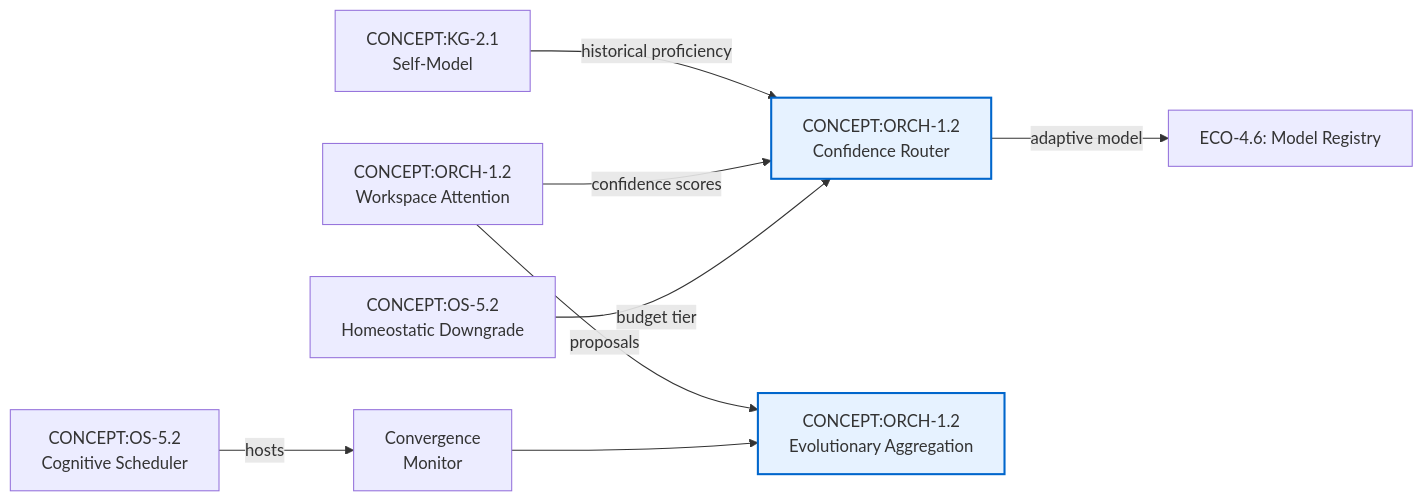
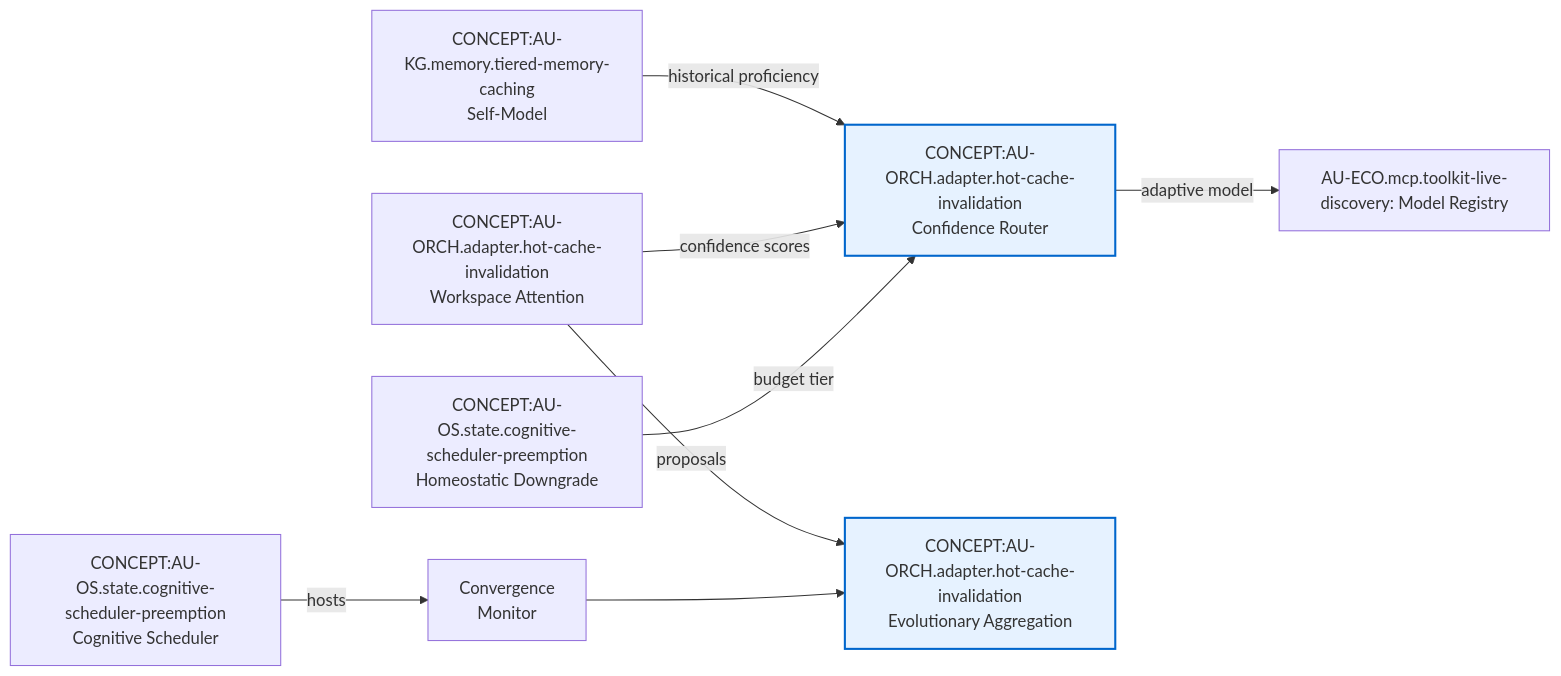
Before and after one commit to Knuckles-Team/agent-utilities: the third of 3 diagrams in docs/guides/squeeze-evolve-routing.md, drawn with Mermaid. The commit also changed other lines of this file and 2324 other files, not shown here.

````diff
--- a/docs/guides/squeeze-evolve-routing.md
+++ b/docs/guides/squeeze-evolve-routing.md
@@ -181,13 +181,13 @@
 ```mermaid
 graph LR
-    AU016["CONCEPT:KG-2.1<br/>Self-Model"] -->|historical proficiency| AU039
-    AU017["CONCEPT:ORCH-1.2<br/>Workspace Attention"] -->|confidence scores| AU039["CONCEPT:ORCH-1.2<br/>Confidence Router"]
-    AU017 -->|proposals| AU040["CONCEPT:ORCH-1.2<br/>Evolutionary Aggregation"]
-    AU033["CONCEPT:OS-5.2<br/>Homeostatic Downgrade"] -->|budget tier| AU039
-    AU030["CONCEPT:OS-5.2<br/>Cognitive Scheduler"] -->|hosts| CM["Convergence<br/>Monitor"]
+    AU016["CONCEPT:AU-KG.memory.tiered-memory-caching<br/>Self-Model"] -->|historical proficiency| AU039
+    AU017["CONCEPT:AU-ORCH.adapter.hot-cache-invalidation<br/>Workspace Attention"] -->|confidence scores| AU039["CONCEPT:AU-ORCH.adapter.hot-cache-invalidation<br/>Confidence Router"]
+    AU017 -->|proposals| AU040["CONCEPT:AU-ORCH.adapter.hot-cache-invalidation<br/>Evolutionary Aggregation"]
+    AU033["CONCEPT:AU-OS.state.cognitive-scheduler-preemption<br/>Homeostatic Downgrade"] -->|budget tier| AU039
+    AU030["CONCEPT:AU-OS.state.cognitive-scheduler-preemption<br/>Cognitive Scheduler"] -->|hosts| CM["Convergence<br/>Monitor"]
     CM --> AU040
-    AU039 -->|adaptive model| REG[ECO-4.6: Model Registry]
+    AU039 -->|adaptive model| REG[AU-ECO.mcp.toolkit-live-discovery: Model Registry]
 
     style AU039 fill:#e6f2ff,stroke:#0066cc,stroke-width:2px
     style AU040 fill:#e6f2ff,stroke:#0066cc,stroke-width:2px
 ```
````
